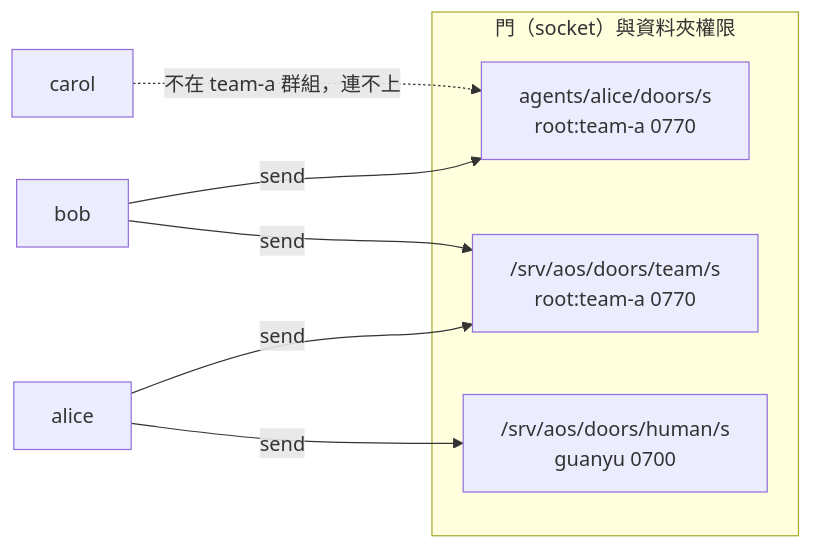
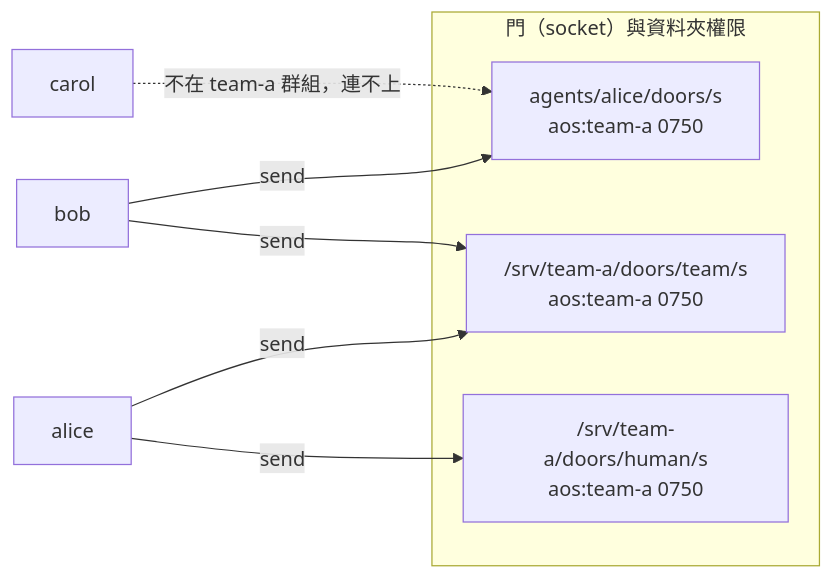
Before and after one commit to justty32/aos: the first of 2 diagrams in proto6/notes/proposals/2026-10-02-agent/06-多agent與上下層.md, drawn with Mermaid. The commit also changed other lines of this file and 9 other files, not shown here.

````diff
--- a/proto6/notes/proposals/2026-10-02-agent/06-多agent與上下層.md
+++ b/proto6/notes/proposals/2026-10-02-agent/06-多agent與上下層.md
@@ -9,13 +9,13 @@
 ```mermaid
 flowchart LR
   subgraph doors[門（socket）與資料夾權限]
-    AI["agents/alice/doors/s<br/>root:team-a 0770"]
-    TEAM["/srv/aos/doors/team/s<br/>root:team-a 0770"]
-    HUM["/srv/aos/doors/human/s<br/>guanyu 0700"]
+    AI["agents/alice/doors/s<br/>aos:team-a 0750"]
+    TEAM["/srv/team-a/doors/team/s<br/>aos:team-a 0750"]
+    HUM["/srv/team-a/doors/human/s<br/>aos:team-a 0750"]
   end
   bob -- send --> AI
   alice -- send --> TEAM
   bob -- send --> TEAM
   alice -- send --> HUM
   carol -. 不在 team-a 群組，連不上 .-> AI
 ```
````
